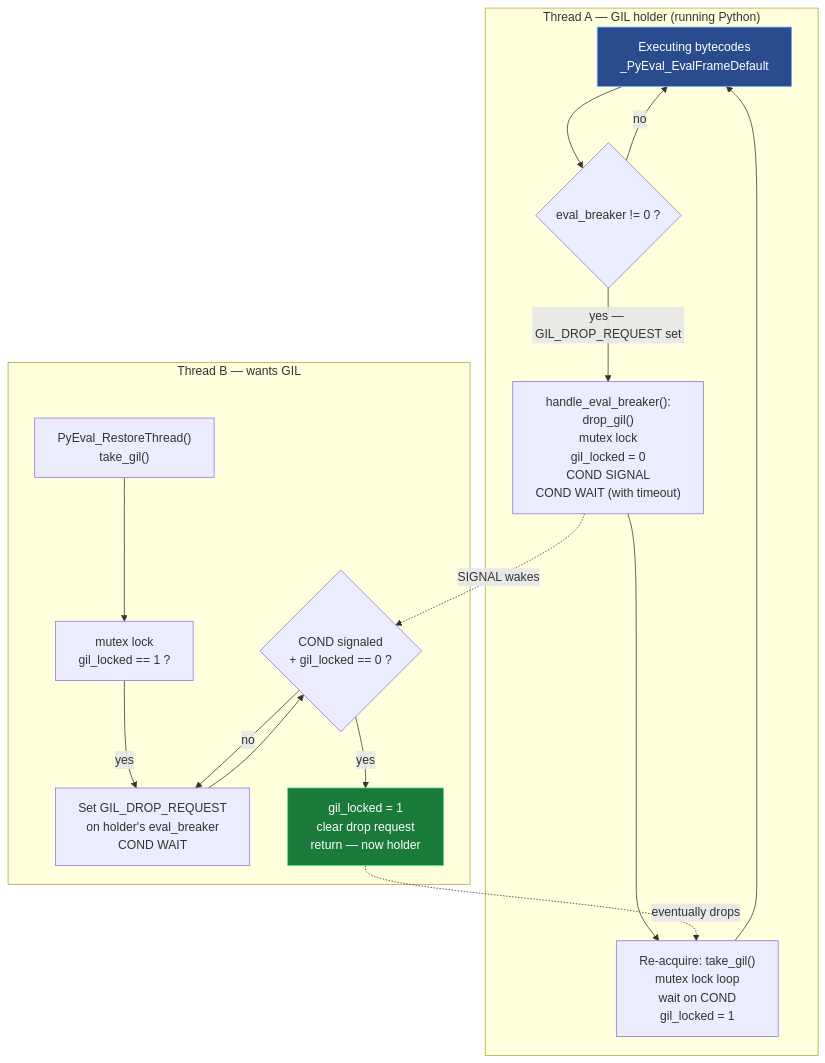
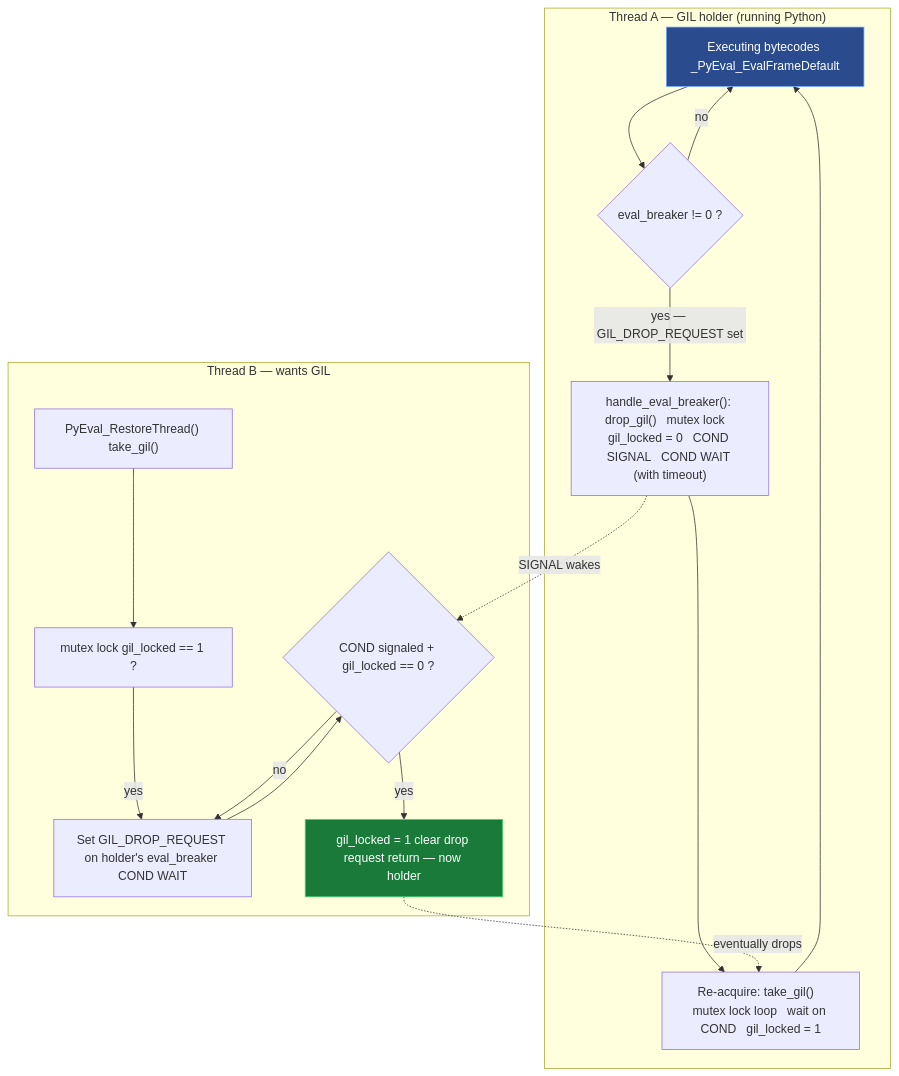
Before and after one commit to bumbsclaw/textbooks: the first of 8 diagrams in vol-16-python-cpython-internals/ch05-gil.md, drawn with Mermaid. The commit also changed other lines of this file and 9 other files, not shown here.

First line of the commit message:
fix(pdf, mermaid): syntax-highlighted code blocks + diagram label fixes

````diff
--- a/vol-16-python-cpython-internals/ch05-gil.md
+++ b/vol-16-python-cpython-internals/ch05-gil.md
@@ -135,24 +135,24 @@
 ```mermaid
 flowchart TB
     subgraph HOLDER["Thread A — GIL holder (running Python)"]
-        A1["Executing bytecodes<br/>_PyEval_EvalFrameDefault"] --> A2{"eval_breaker != 0 ?"}
+        A1["Executing bytecodes _PyEval_EvalFrameDefault"] --> A2{"eval_breaker != 0 ?"}
         A2 -->|no| A1
-        A2 -->|yes — GIL_DROP_REQUEST set| A3["handle_eval_breaker():<br/>drop_gil()<br/>  mutex lock<br/>  gil_locked = 0<br/>  COND SIGNAL<br/>  COND WAIT (with timeout)"]
-        A3 --> A4["Re-acquire: take_gil()<br/>  mutex lock loop<br/>  wait on COND<br/>  gil_locked = 1"]
+        A2 -->|yes — GIL_DROP_REQUEST set| A3["handle_eval_breaker(): drop_gil()   mutex lock   gil_locked = 0   COND SIGNAL   COND WAIT (with timeout)"]
+        A3 --> A4["Re-acquire: take_gil()   mutex lock loop   wait on COND   gil_locked = 1"]
         A4 --> A1
     end
 
     subgraph WAITER["Thread B — wants GIL"]
-        B1["PyEval_RestoreThread()<br/>take_gil()"] --> B2["mutex lock<br/>gil_locked == 1 ?"]
-        B2 -->|yes| B3["Set GIL_DROP_REQUEST<br/>on holder's eval_breaker<br/>COND WAIT"]
-        B3 --> B4{"COND signaled<br/>+ gil_locked == 0 ?"}
+        B1["PyEval_RestoreThread() take_gil()"] --> B2["mutex lock gil_locked == 1 ?"]
+        B2 -->|yes| B3["Set GIL_DROP_REQUEST on holder's eval_breaker COND WAIT"]
+        B3 --> B4{"COND signaled + gil_locked == 0 ?"}
         B4 -->|no| B3
-        B4 -->|yes| B5["gil_locked = 1<br/>clear drop request<br/>return — now holder"]
+        B4 -->|yes| B5["gil_locked = 1 clear drop request return — now holder"]
     end
 
     A3 -.->|SIGNAL wakes| B4
     B5 -.->|eventually drops| A4
 
     style A1 fill:#2a4b8d,stroke:#6ea8fe,color:#fff
     style B5 fill:#1a7a3a,stroke:#4ade80,color:#fff
 ```
````
